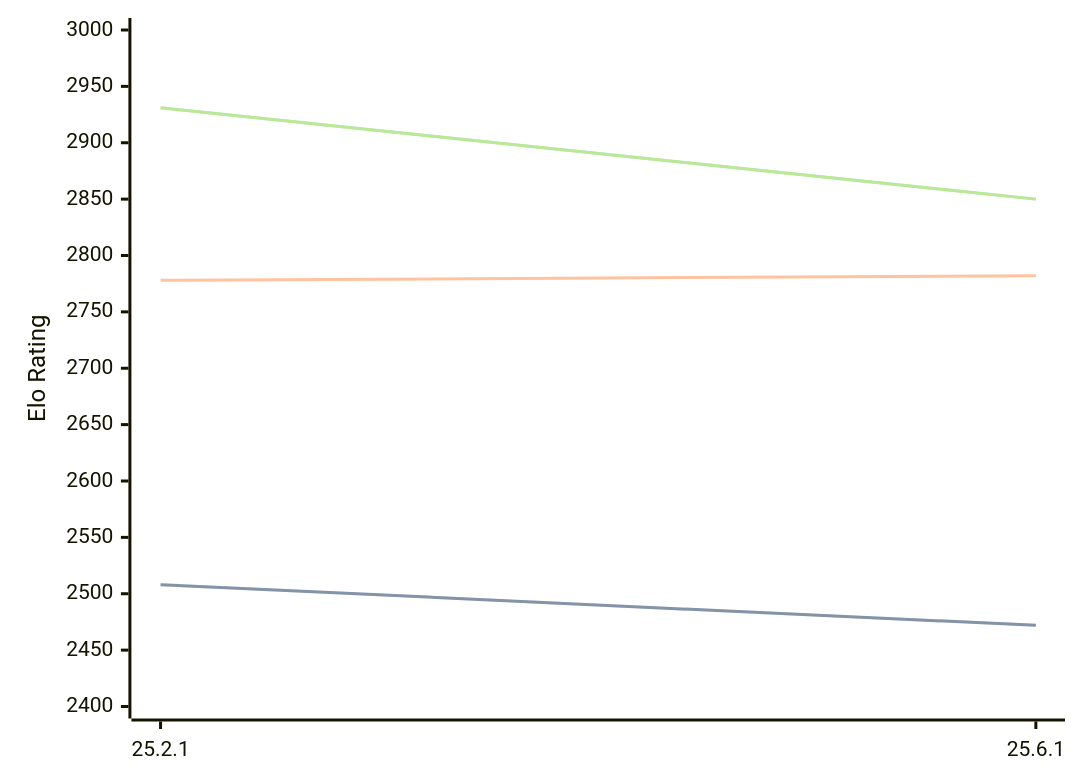
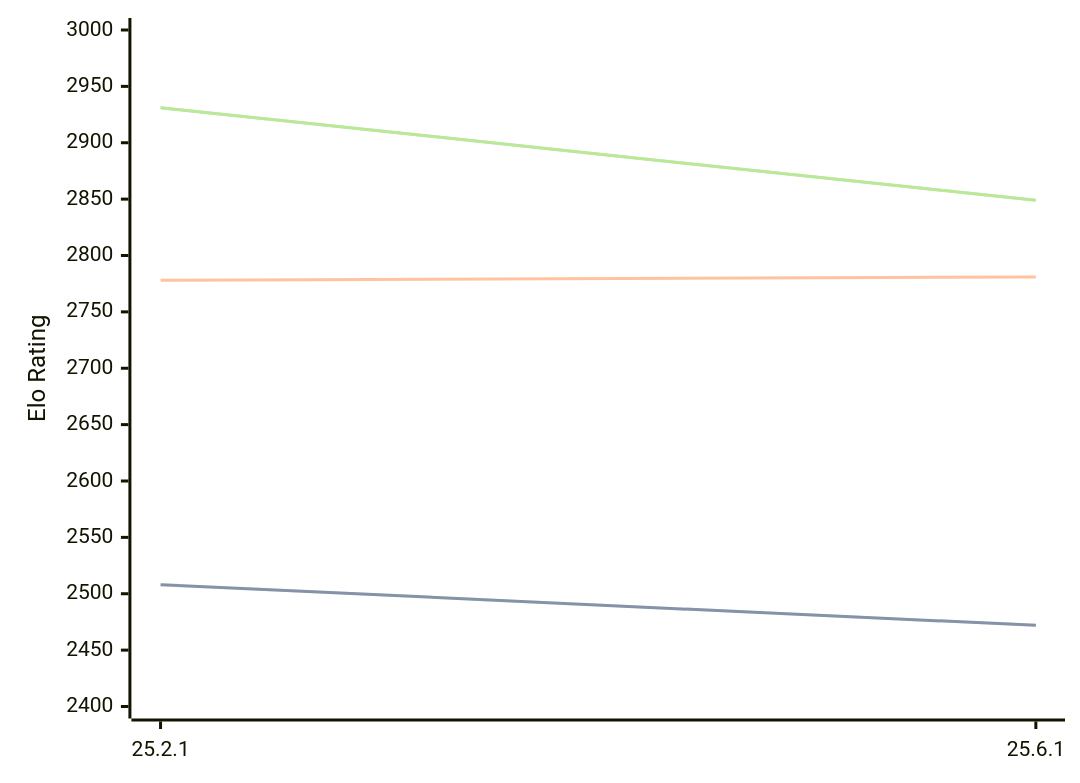
One commit to computer-chess-index/cci changed the diagram in engines/Crafty.md. Above: the diagram before and after it, drawn with Mermaid. The commit also changed other lines of this file, not shown here.

Commit message:
Update CCI Ratings (ELO VLTC) - 2026-08-31

````diff
--- a/engines/Crafty.md
+++ b/engines/Crafty.md
@@ -32,11 +32,11 @@
 ```mermaid
 %%{init: {"theme":"base","themeVariables":{"seriesColors:['#a3a3a3','#222221','#faa371']}}}%%
 xychart-beta
   x-axis ["25.2.1", "25.6.1"]
   y-axis "Elo Rating" 2400 --> 3000
   line "" [2508, 2472]
   line "STC (8.0+0.08s)" [2508, 2472]
-  line "LTC (60.0+0.60s)" [2778, 2782]
-  line "" [2931, 2850]
-  line "VLTC (2m24s+1.12s)" [2931, 2850]
+  line "LTC (60.0+0.60s)" [2778, 2781]
+  line "" [2931, 2849]
+  line "VLTC (2m24s+1.12s)" [2931, 2849]
 ```
````
